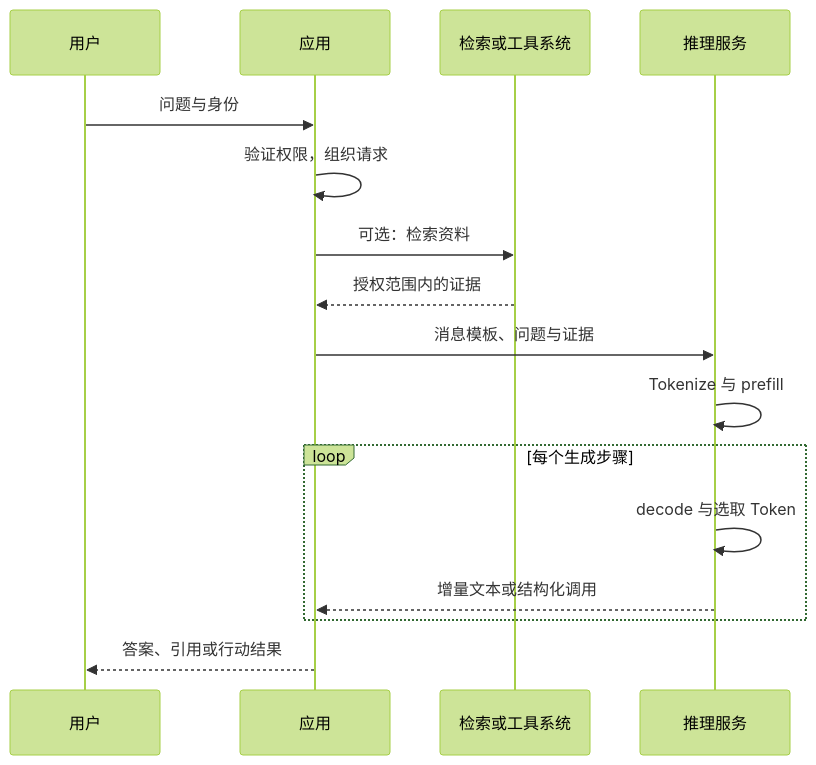
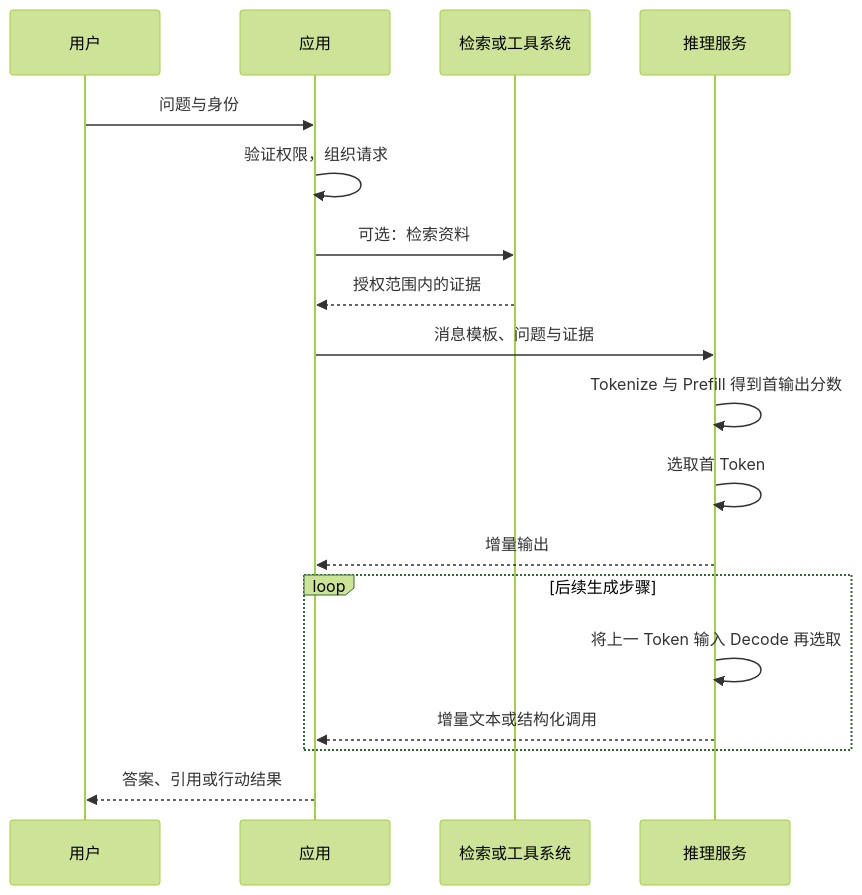
Before and after one commit to miauyle/ai-systems-architecture-guide: the diagram in docs/01-system-map.md, drawn with Mermaid (forest theme). The commit also changed other lines of this file and 23 other files, not shown here.

````diff
--- a/docs/01-system-map.md
+++ b/docs/01-system-map.md
@@ -39,18 +39,20 @@
 ```mermaid
 sequenceDiagram
     participant U as 用户
     participant A as 应用
     participant R as 检索或工具系统
     participant S as 推理服务
     U->>A: 问题与身份
     A->>A: 验证权限，组织请求
     A->>R: 可选：检索资料
     R-->>A: 授权范围内的证据
     A->>S: 消息模板、问题与证据
-    S->>S: Tokenize 与 prefill
-    loop 每个生成步骤
-        S->>S: decode 与选取 Token
+    S->>S: Tokenize 与 Prefill 得到首输出分数
+    S->>S: 选取首 Token
+    S-->>A: 增量输出
+    loop 后续生成步骤
+        S->>S: 将上一 Token 输入 Decode 再选取
         S-->>A: 增量文本或结构化调用
     end
     A-->>U: 答案、引用或行动结果
 ```
````
